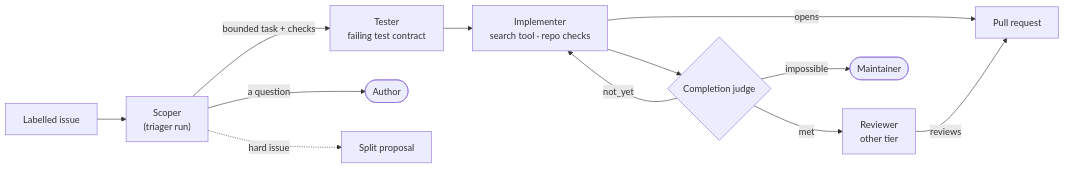
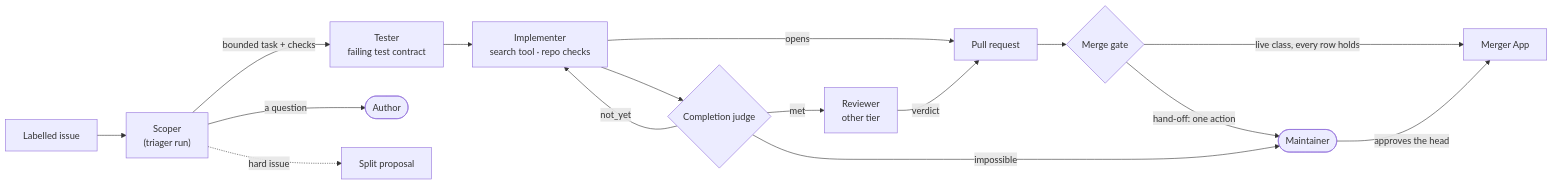
Before and after one commit to Smana/ai-native-ref: the first of 4 diagrams in website/content/docs/platform/ai-platform/agents/how-it-works/agents-and-merge-gate.md, drawn with Mermaid. The commit also changed other lines of this file and 7 other files, not shown here.

First line of the commit message:
docs(agent-factory): agents, the merge gate and auto-merge, one page (#274)

````diff
--- a/website/content/docs/platform/ai-platform/agents/how-it-works/agents-and-merge-gate.md
+++ b/website/content/docs/platform/ai-platform/agents/how-it-works/agents-and-merge-gate.md
@@ -14,14 +22,18 @@
 ```mermaid
 flowchart LR
   issue["Labelled issue"] --> scoper["Scoper<br/>(triager run)"]
   scoper -->|"bounded task + checks"| tester["Tester<br/>failing test contract"]
   scoper -->|"a question"| author(["Author"])
   scoper -.->|"hard issue"| split["Split proposal"]
   tester --> impl["Implementer<br/>search tool · repo checks"]
   impl -->|"opens"| pr["Pull request"]
   impl --> judge{"Completion judge"}
   judge -->|"not_yet"| impl
   judge -->|"met"| reviewer["Reviewer<br/>other tier"]
   judge -->|"impossible"| human(["Maintainer"])
-  reviewer -->|"reviews"| pr
+  reviewer -->|"verdict"| pr
+  pr --> gate{"Merge gate"}
+  gate -->|"live class, every row holds"| merger["Merger App"]
+  gate -->|"hand-off: one action"| human
+  human -->|"approves the head"| merger
 ```
````
